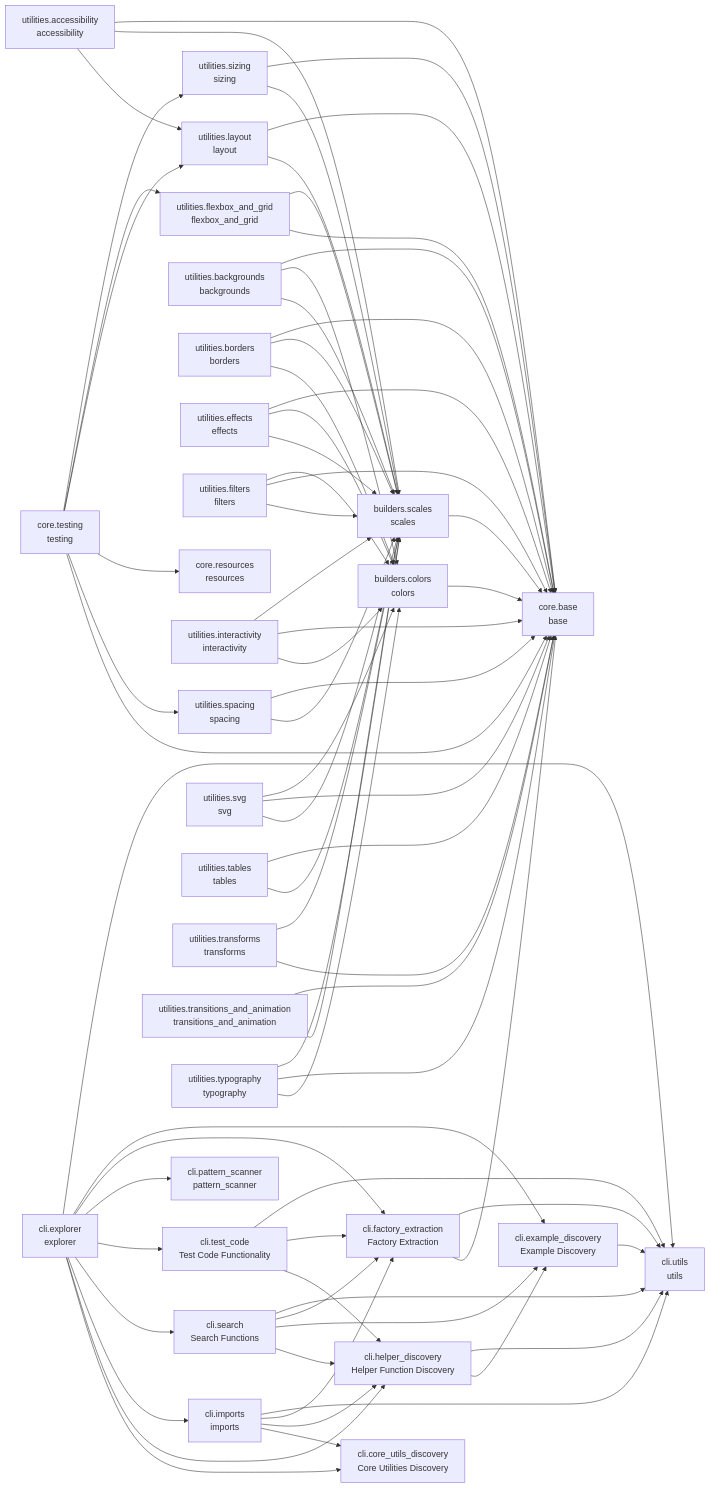
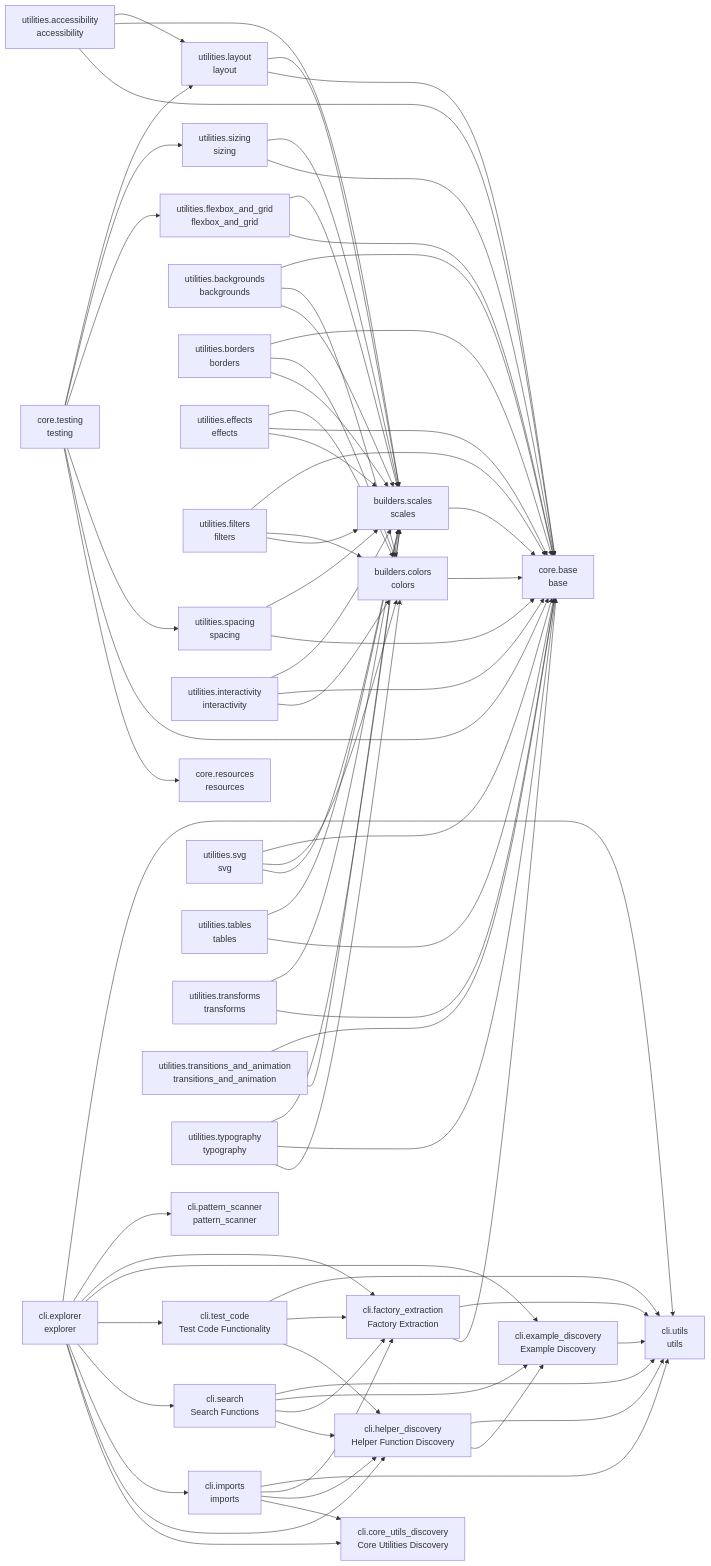
One commit to cj-mills/cjm-fasthtml-tailwind changed the diagram in README.md. Above: the diagram before and after it, drawn with Mermaid. The commit also changed other lines of this file and 10 other files, not shown here.

```diff
--- a/README.md
+++ b/README.md
@@ -88,9 +88,9 @@
     builders_scales --> core_base
     cli_example_discovery --> cli_utils
     cli_explorer --> cli_utils
+    cli_explorer --> cli_pattern_scanner
+    cli_explorer --> cli_factory_extraction
     cli_explorer --> cli_example_discovery
-    cli_explorer --> cli_factory_extraction
-    cli_explorer --> cli_pattern_scanner
     cli_explorer --> cli_test_code
     cli_explorer --> cli_search
     cli_explorer --> cli_imports
@@ -105,49 +105,49 @@
     cli_imports --> cli_helper_discovery
     cli_imports --> cli_core_utils_discovery
     cli_search --> cli_utils
+    cli_search --> cli_example_discovery
     cli_search --> cli_factory_extraction
-    cli_search --> cli_example_discovery
     cli_search --> cli_helper_discovery
     cli_test_code --> cli_utils
     cli_test_code --> cli_factory_extraction
     cli_test_code --> cli_helper_discovery
+    core_testing --> utilities_layout
     core_testing --> utilities_sizing
     core_testing --> utilities_flexbox_and_grid
-    core_testing --> utilities_layout
-    core_testing --> core_resources
     core_testing --> utilities_spacing
     core_testing --> core_base
+    core_testing --> core_resources
+    utilities_accessibility --> utilities_layout
+    utilities_accessibility --> builders_scales
     utilities_accessibility --> core_base
-    utilities_accessibility --> builders_scales
-    utilities_accessibility --> utilities_layout
     utilities_backgrounds --> core_base
     utilities_backgrounds --> builders_colors
     utilities_backgrounds --> builders_scales
     utilities_borders --> core_base
+    utilities_borders --> builders_colors
     utilities_borders --> builders_scales
-    utilities_borders --> builders_colors
+    utilities_effects --> builders_colors
     utilities_effects --> core_base
-    utilities_effects --> builders_colors
     utilities_effects --> builders_scales
+    utilities_filters --> core_base
     utilities_filters --> builders_colors
-    utilities_filters --> core_base
     utilities_filters --> builders_scales
     utilities_flexbox_and_grid --> builders_scales
     utilities_flexbox_and_grid --> core_base
     utilities_interactivity --> builders_scales
     utilities_interactivity --> core_base
     utilities_interactivity --> builders_colors
+    utilities_layout --> builders_scales
     utilities_layout --> core_base
-    utilities_layout --> builders_scales
+    utilities_sizing --> builders_scales
     utilities_sizing --> core_base
-    utilities_sizing --> builders_scales
+    utilities_spacing --> builders_scales
     utilities_spacing --> core_base
-    utilities_spacing --> builders_scales
+    utilities_svg --> core_base
     utilities_svg --> builders_colors
-    utilities_svg --> core_base
     utilities_svg --> builders_scales
+    utilities_tables --> builders_scales
     utilities_tables --> core_base
-    utilities_tables --> builders_scales
     utilities_transforms --> builders_scales
     utilities_transforms --> core_base
     utilities_transitions_and_animation --> core_base
```
